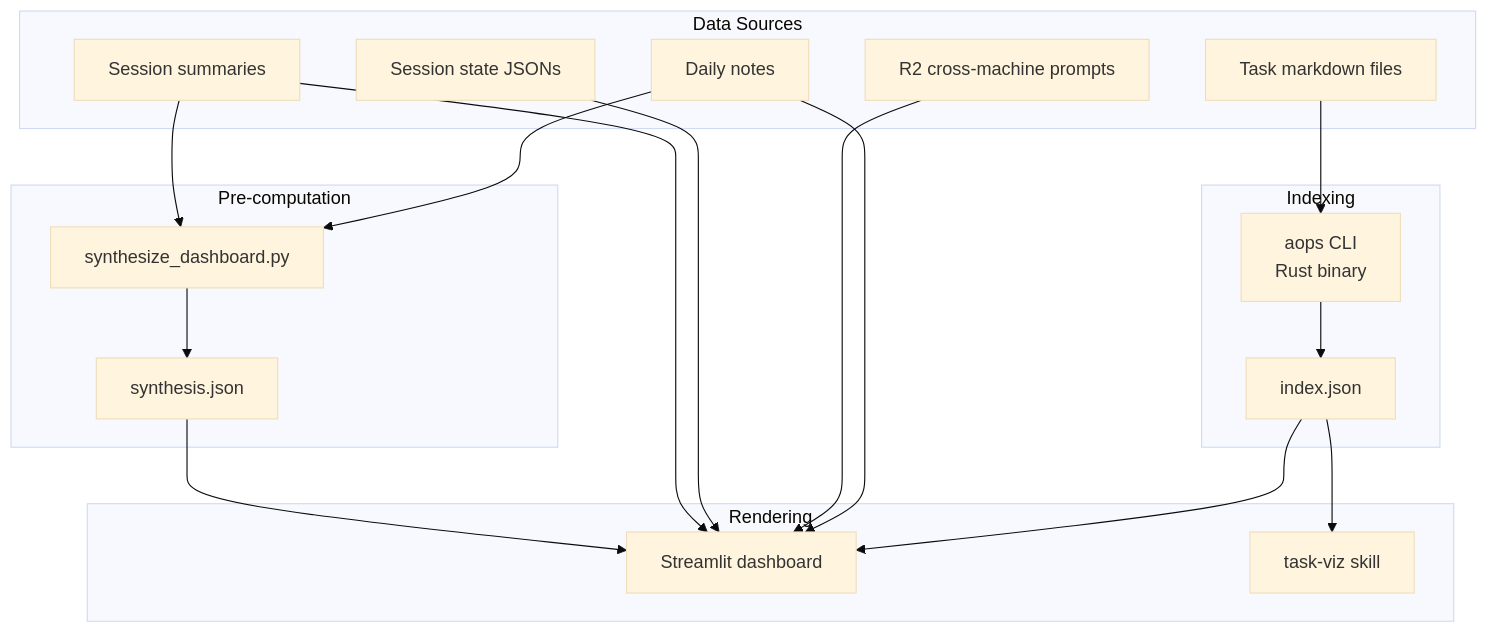
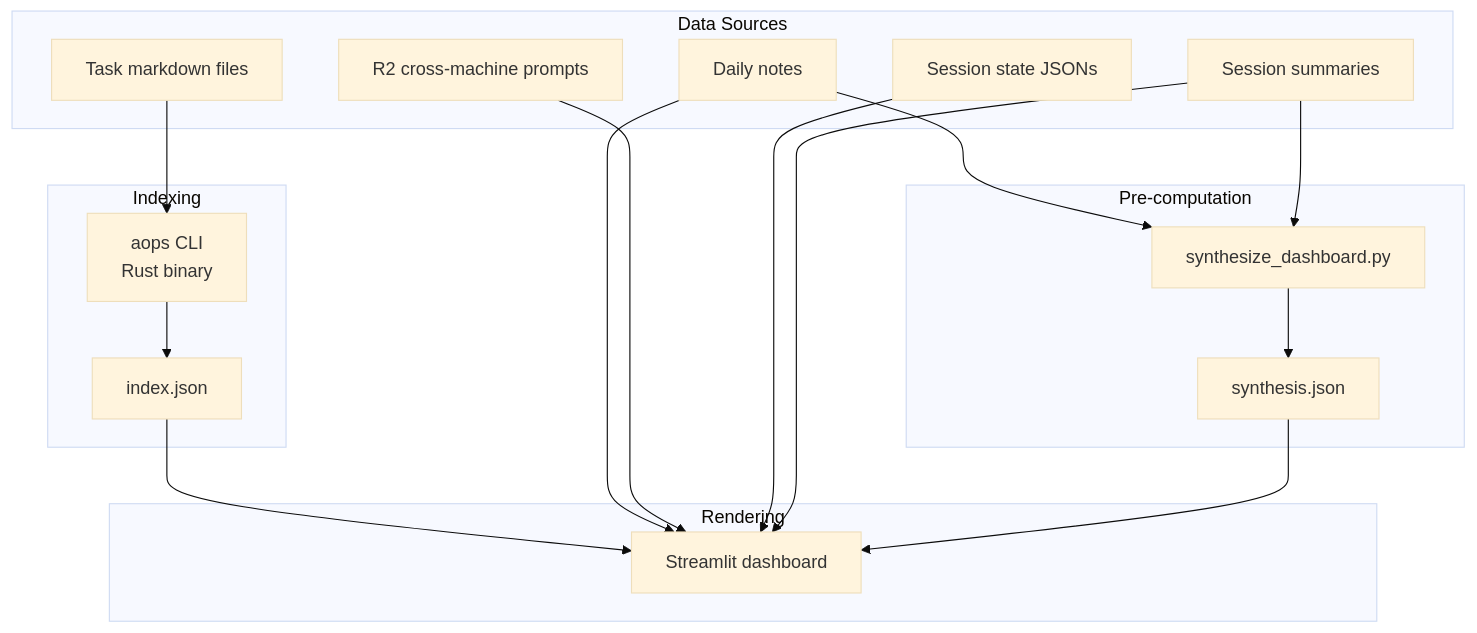
The diagram in specs/overwhelm-dashboard.md (nicsuzor/academicOps), drawn with Mermaid (base theme) before and after one commit. The commit also changed other lines of this file and 21 other files, not shown here.

````diff
--- a/specs/overwhelm-dashboard.md
+++ b/specs/overwhelm-dashboard.md
@@ -35,38 +34,36 @@
 ```mermaid
 graph TD
     subgraph "Indexing"
         A[aops CLI<br>Rust binary]
         B[index.json]
     end
 
     subgraph "Data Sources"
         C[Task markdown files]
         D[Daily notes]
         E[R2 cross-machine prompts]
         F2[Session state JSONs]
         G2[Session summaries]
     end
 
     subgraph "Pre-computation"
         H[synthesize_dashboard.py]
         I[synthesis.json]
     end
 
     subgraph "Rendering"
         F[Streamlit dashboard]
-        G[task-viz skill]
     end
 
     C --> A
     A --> B
     B --> F
-    B --> G
     D --> F
     D --> H
     E --> F
     F2 --> F
     G2 --> F
     G2 --> H
     H --> I
     I --> F
 ```
````
